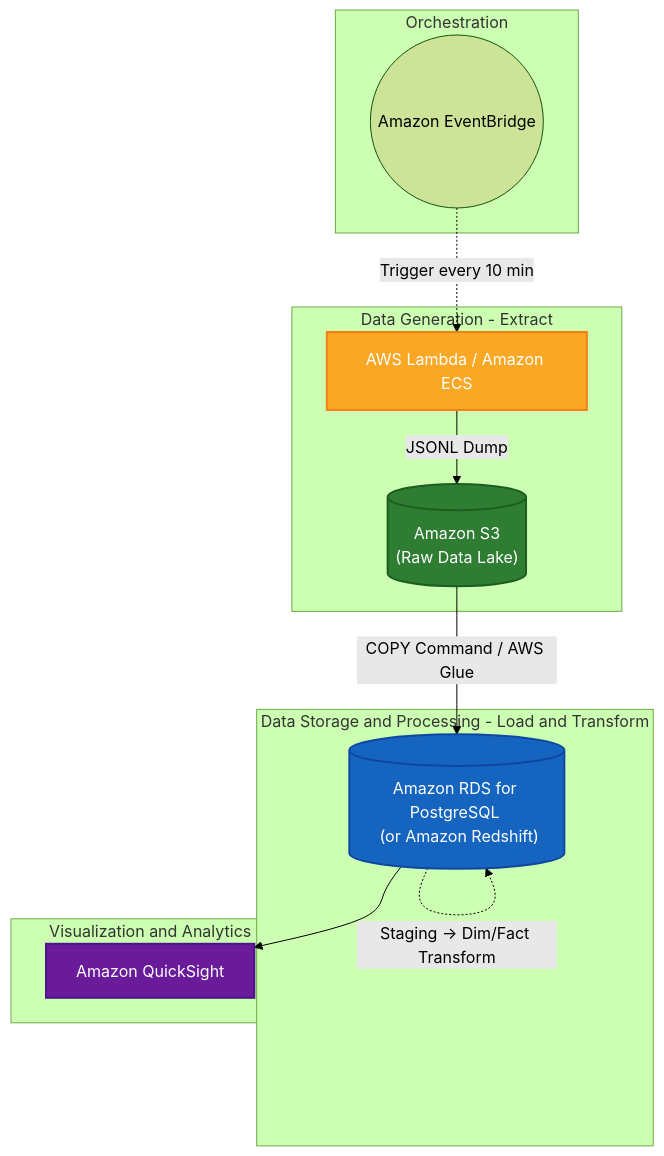
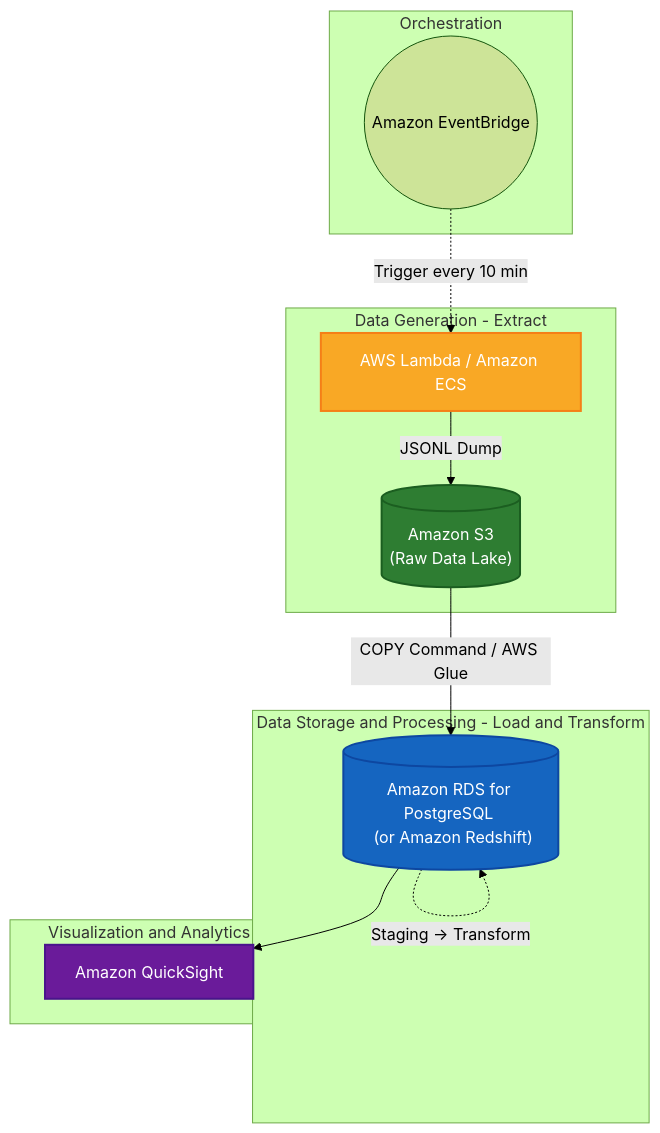
Before and after one commit to kimyonghwan1996/liveklass_assignment: the diagram in README.md, drawn with Mermaid (forest theme).

Commit message:
Update README to clarify staging process

````diff
--- a/README.md
+++ b/README.md
@@ -70,24 +70,24 @@
 ```mermaid
 flowchart TD
     subgraph S1 [Data Generation - Extract]
         A[AWS Lambda / Amazon ECS]:::compute -->|JSONL Dump| B[("Amazon S3 <br> (Raw Data Lake)")]:::storage
     end
 
     subgraph S2 [Data Storage and Processing - Load and Transform]
         B -->|COPY Command / AWS Glue| C[("Amazon RDS for PostgreSQL <br> (or Amazon Redshift)")]:::db
-        C -.->|Staging -> Dim/Fact Transform| C
+        C -.->|Staging -> Transform| C
     end
 
     subgraph S3 [Visualization and Analytics]
         C --> D[Amazon QuickSight]:::viz
     end
 
     subgraph S4 [Orchestration]
         E((Amazon EventBridge)) -.->|Trigger every 10 min| A
     end
 
     classDef compute fill:#f9a825,stroke:#f57f17,stroke-width:2px,color:#fff
     classDef storage fill:#2e7d32,stroke:#1b5e20,stroke-width:2px,color:#fff
     classDef db fill:#1565c0,stroke:#0d47a1,stroke-width:2px,color:#fff
     classDef viz fill:#6a1b9a,stroke:#4a148c,stroke-width:2px,color:#fff
 ```
````
